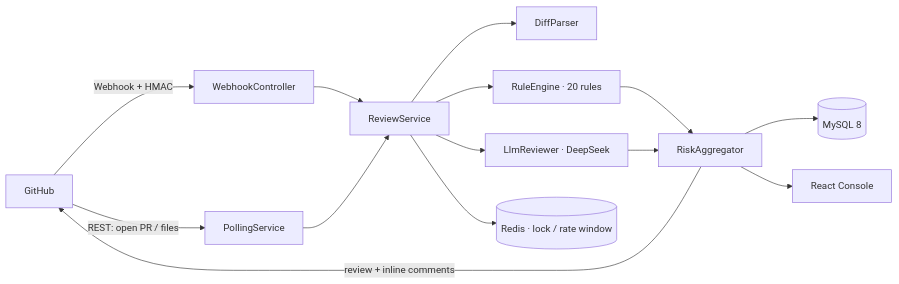
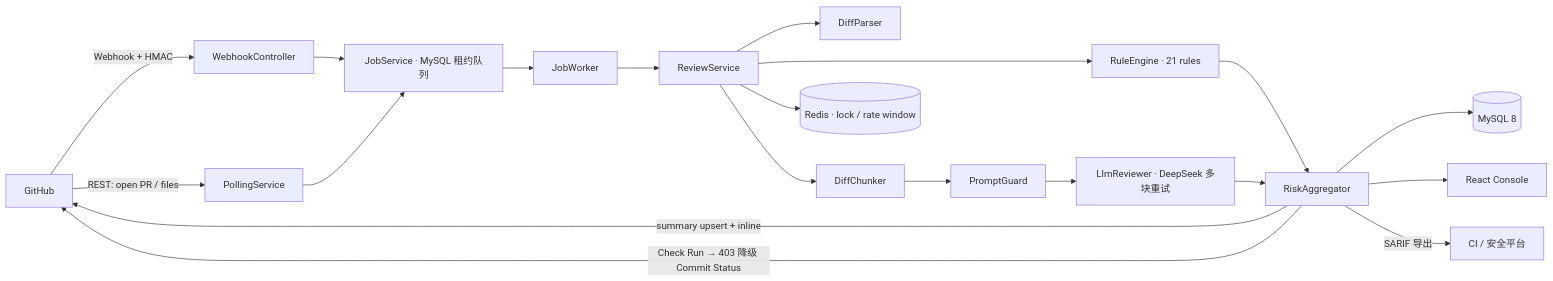
Before and after one commit to yjmyp/mergeguard: the diagram in README.md, drawn with Mermaid. The commit also changed other lines of this file and 66 other files, not shown here.

First line of the commit message:
feat: durable job queue, chunked LLM review and quality loop

````diff
--- a/README.md
+++ b/README.md
@@ -49,16 +71,22 @@
 ```mermaid
 graph LR
     GH[GitHub] -->|Webhook + HMAC| WH[WebhookController]
     GH -->|REST: open PR / files| POLL[PollingService]
-    WH --> RS[ReviewService]
-    POLL --> RS
+    WH --> JS[JobService · MySQL 租约队列]
+    POLL --> JS
+    JS --> JW[JobWorker]
+    JW --> RS[ReviewService]
     RS --> DP[DiffParser]
-    RS --> RE[RuleEngine · 20 rules]
-    RS --> LL[LlmReviewer · DeepSeek]
+    RS --> RE[RuleEngine · 21 rules]
+    RS --> DC[DiffChunker]
+    DC --> PG[PromptGuard]
+    PG --> LL[LlmReviewer · DeepSeek 多块重试]
     RE --> RA[RiskAggregator]
     LL --> RA
     RA --> DB[(MySQL 8)]
     RA --> UI[React Console]
-    RA -->|review + inline comments| GH
+    RA -->|summary upsert + inline| GH
+    RA -->|Check Run → 403 降级 Commit Status| GH
+    RA -->|SARIF 导出| CI[CI / 安全平台]
     RS --> RD[(Redis · lock / rate window)]
 ```
````
